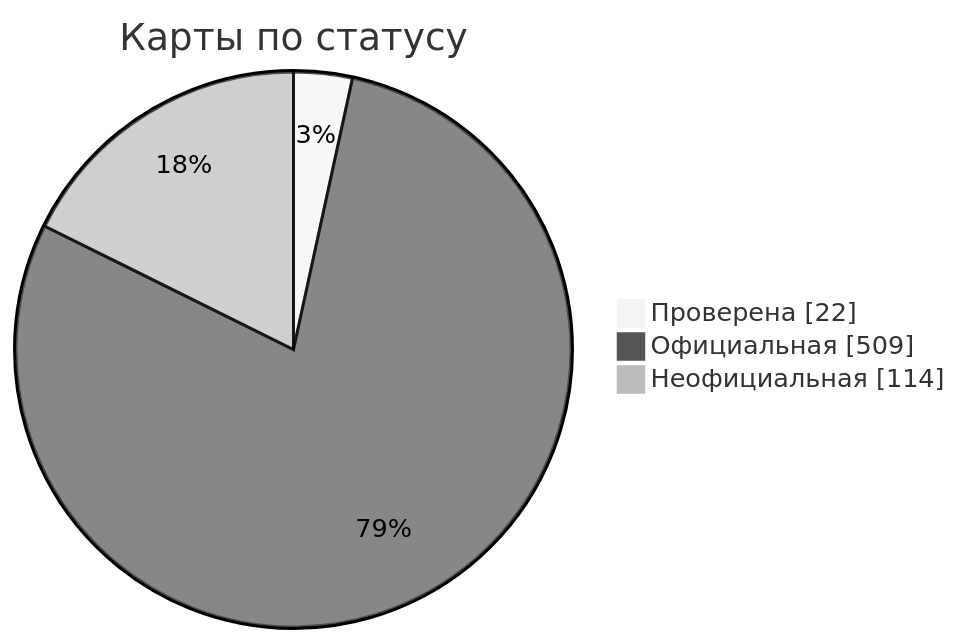
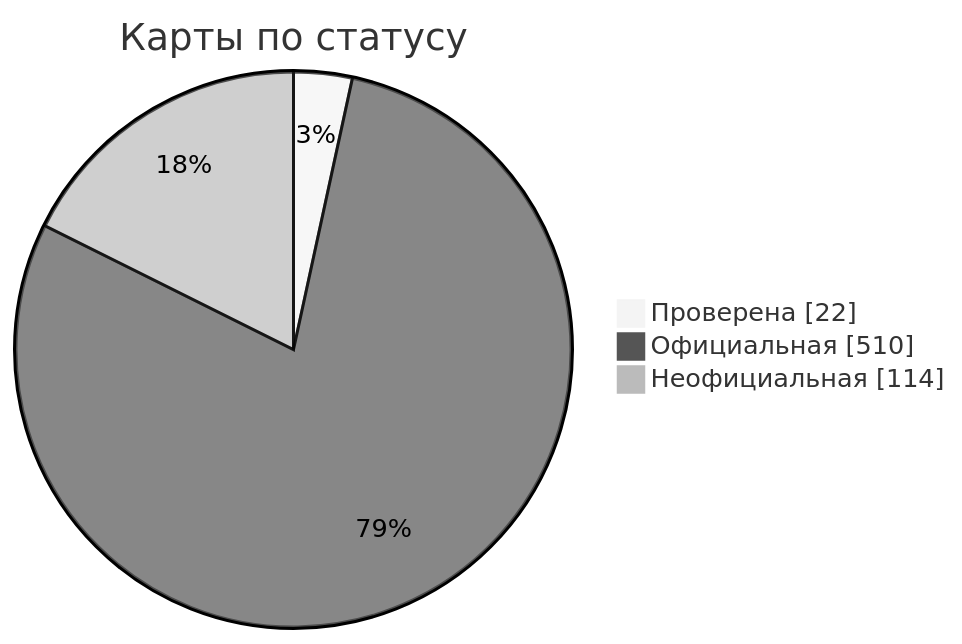
The diagram in docs/readme/README_RU.md (nobrega8/mbmap-library), drawn with Mermaid (neutral theme) before and after one commit. The commit also changed 6 other files, not shown here.

````diff
--- a/docs/readme/README_RU.md
+++ b/docs/readme/README_RU.md
@@ -54,7 +54,7 @@
 ```mermaid
 pie showData
     title Карты по статусу
     "Проверена" : 22
-    "Официальная" : 509
+    "Официальная" : 510
     "Неофициальная" : 114
 ```
````
